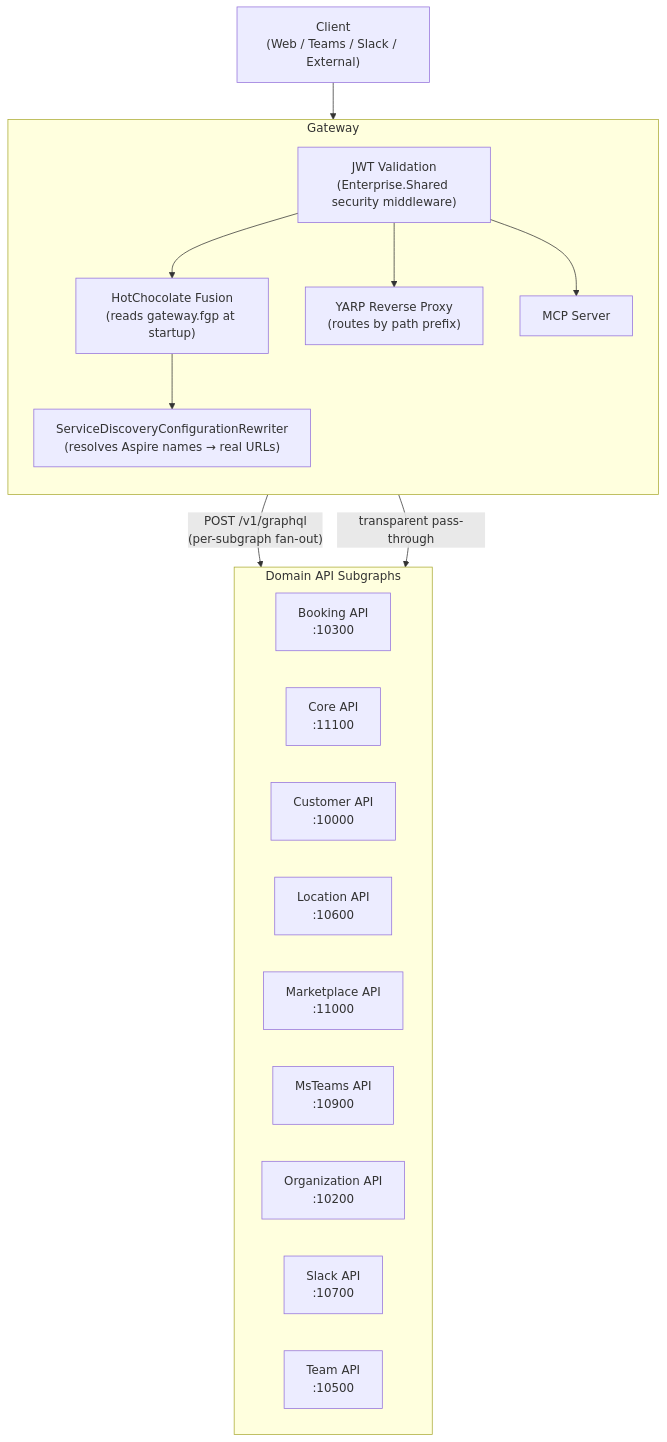
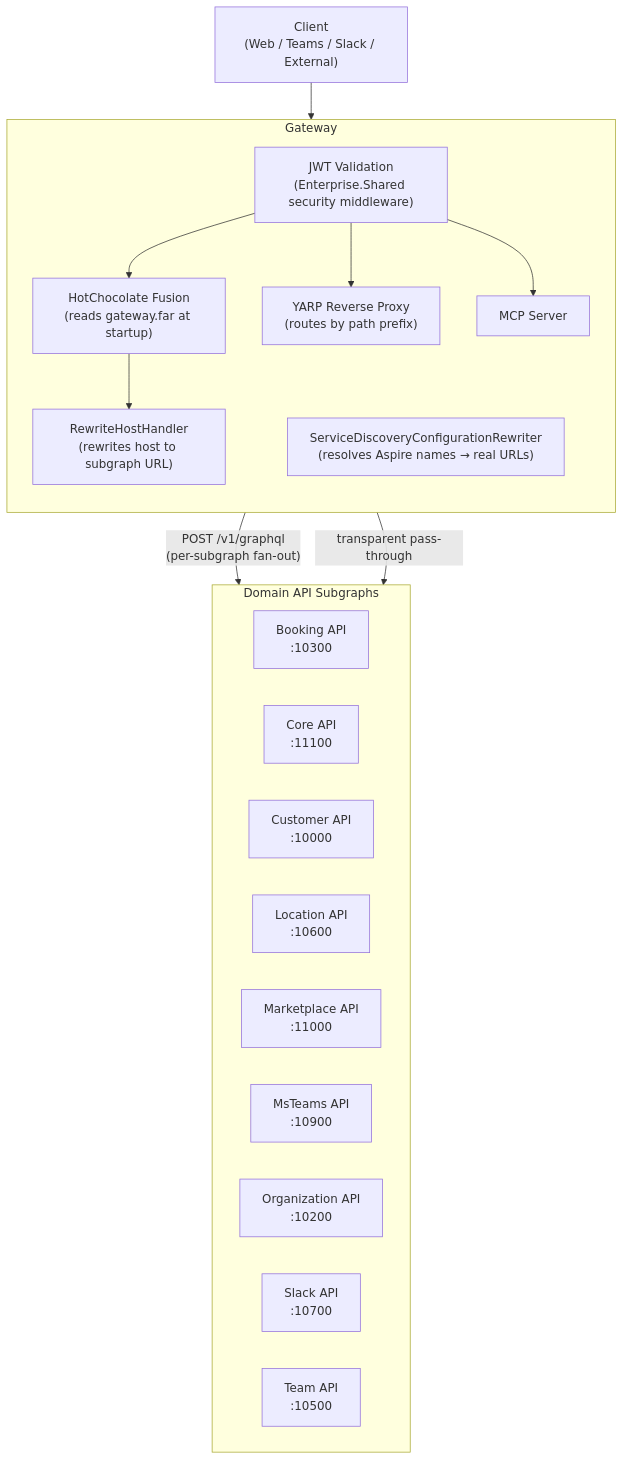
One commit to skedular/skedular changed the second of 8 diagrams in gateway/docs/architecture/gateway-architecture.md. Above: the diagram before and after it, drawn with Mermaid. The commit also changed other lines of this file and 142 other files, not shown here.

First line of the commit message:
chore: migrate HotChocolate v15 to v16

````diff
--- a/gateway/docs/architecture/gateway-architecture.md
+++ b/gateway/docs/architecture/gateway-architecture.md
@@ -69,34 +69,34 @@
 ```mermaid
 flowchart TB
     Client["Client\n(Web / Teams / Slack / External)"]
 
     subgraph GatewayLayer["Gateway"]
         direction TB
         JWTMw["JWT Validation\n(Enterprise.Shared security middleware)"]
-        GqlFusion["HotChocolate Fusion\n(reads gateway.fgp at startup)"]
+        GqlFusion["HotChocolate Fusion\n(reads gateway.far at startup)"]
         YARPProxy["YARP Reverse Proxy\n(routes by path prefix)"]
         SDRewriter["ServiceDiscoveryConfigurationRewriter\n(resolves Aspire names → real URLs)"]
         McpSrv["MCP Server"]
 
         JWTMw --> GqlFusion
         JWTMw --> YARPProxy
         JWTMw --> McpSrv
-        GqlFusion --> SDRewriter
+        GqlFusion --> RewriteHandler["RewriteHostHandler\n(rewrites host to subgraph URL)"]
     end
 
     subgraph DomainSubgraphs["Domain API Subgraphs"]
         Booking["Booking API\n:10300"]
         Core["Core API\n:11100"]
         Customer["Customer API\n:10000"]
         Location["Location API\n:10600"]
         Marketplace["Marketplace API\n:11000"]
         MsTeams["MsTeams API\n:10900"]
         Organization["Organization API\n:10200"]
         Slack["Slack API\n:10700"]
         Team["Team API\n:10500"]
     end
 
     Client --> JWTMw
     GqlFusion -->|"POST /v1/graphql\n(per-subgraph fan-out)"| DomainSubgraphs
     YARPProxy -->|"transparent pass-through"| DomainSubgraphs
 ```
````
